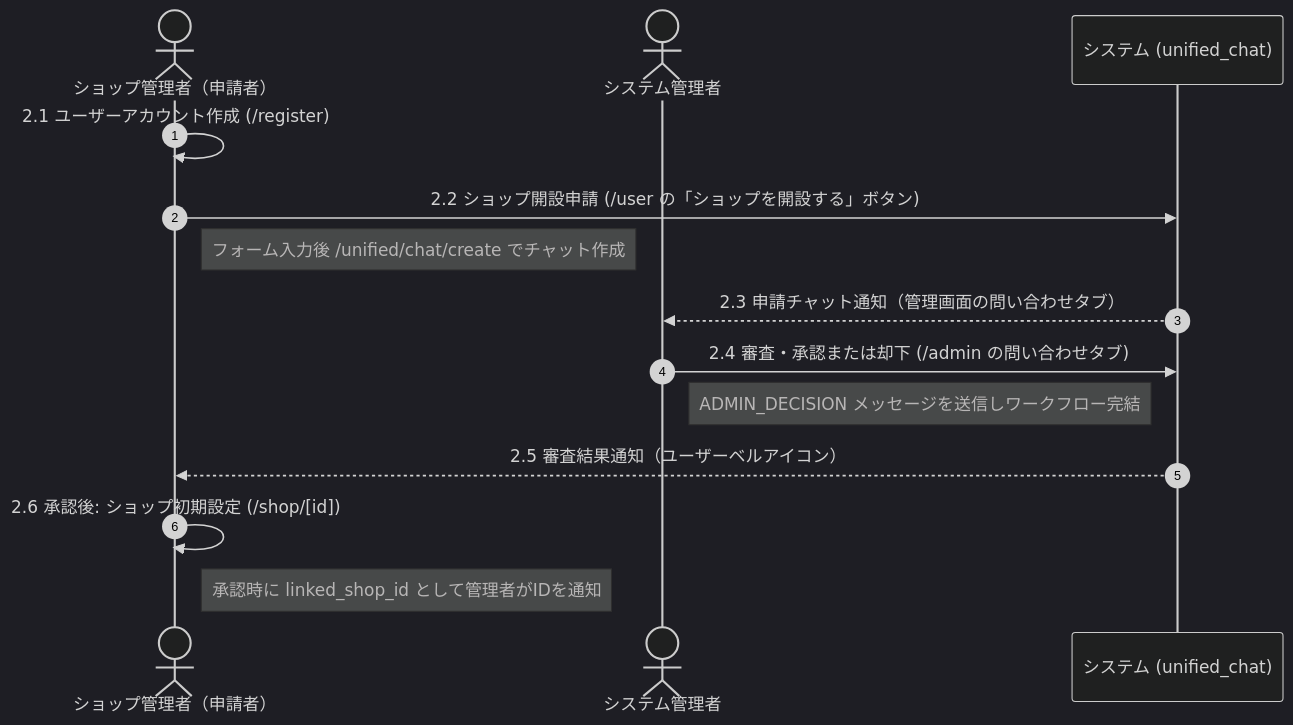
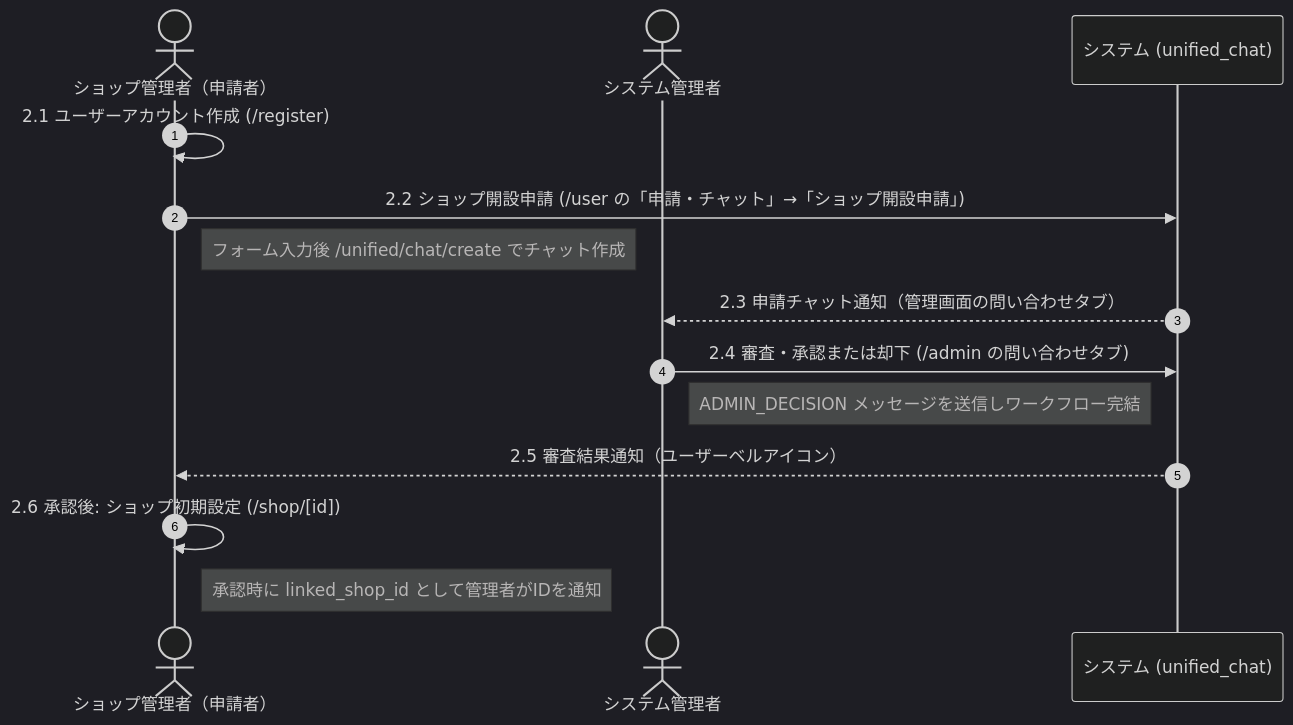
The third of 7 diagrams in documents/ATFIRST_OPERATION_FLOW.md (yudaiito9124-cyber/meishigawarini), drawn with Mermaid (dark theme) before and after one commit. The commit also changed other lines of this file and 19 other files, not shown here.

````diff
--- a/documents/ATFIRST_OPERATION_FLOW.md
+++ b/documents/ATFIRST_OPERATION_FLOW.md
@@ -68,17 +68,17 @@
 ```mermaid
 sequenceDiagram
   autonumber
   actor SO as ショップ管理者（申請者）
   actor SA as システム管理者
   participant SYS as システム (unified_chat)
 
   SO->>SO: 2.1 ユーザーアカウント作成 (/register)
-  SO->>SYS: 2.2 ショップ開設申請 (/user の「ショップを開設する」ボタン)
+  SO->>SYS: 2.2 ショップ開設申請 (/user の「申請・チャット」→「ショップ開設申請」)
   Note right of SO: フォーム入力後 /unified/chat/create でチャット作成
   SYS-->>SA: 2.3 申請チャット通知（管理画面の問い合わせタブ）
   SA->>SYS: 2.4 審査・承認または却下 (/admin の問い合わせタブ)
   Note right of SA: ADMIN_DECISION メッセージを送信しワークフロー完結
   SYS-->>SO: 2.5 審査結果通知（ユーザーベルアイコン）
   SO->>SO: 2.6 承認後: ショップ初期設定 (/shop/[id])
   Note right of SO: 承認時に linked_shop_id として管理者がIDを通知
 ```
````
